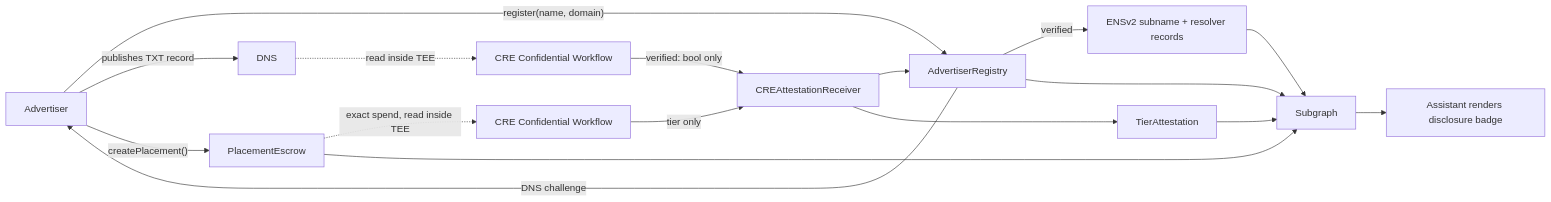
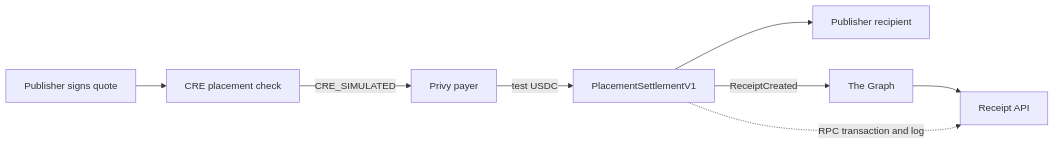
One commit to Anand-0037/adreceipt changed the diagram in README.md. Above: the diagram before and after it, drawn with Mermaid. The commit also changed other lines of this file and 5 other files, not shown here.

````diff
--- a/README.md
+++ b/README.md
@@ -32,16 +14,10 @@
 ```mermaid
 flowchart LR
-    A["Advertiser"] -->|"register(name, domain)"| R["AdvertiserRegistry"]
-    R -->|"DNS challenge"| A
-    A -->|"publishes TXT record"| D["DNS"]
-    D -.->|"read inside TEE"| W["CRE Confidential Workflow"]
-    W -->|"verified: bool only"| X["CREAttestationReceiver"]
-    X --> R
-    R -->|"verified"| N["ENSv2 subname + resolver records"]
-    A -->|"createPlacement()"| E["PlacementEscrow"]
-    E -.->|"exact spend, read inside TEE"| W2["CRE Confidential Workflow"]
-    W2 -->|"tier only"| X
-    X --> T["TierAttestation"]
-    R & E & T & N --> G["Subgraph"]
-    G --> U["Assistant renders disclosure badge"]
+    P["Publisher signs quote"] --> C["CRE placement check"]
+    C -->|"CRE_SIMULATED"| W["Privy payer"]
+    W -->|"test USDC"| S["PlacementSettlementV1"]
+    S --> R["Publisher recipient"]
+    S -->|"ReceiptCreated"| G["The Graph"]
+    G --> V["Receipt API"]
+    S -.->|"RPC transaction and log"| V
 ```
````
